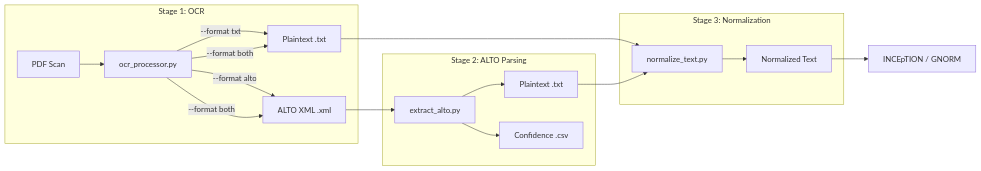
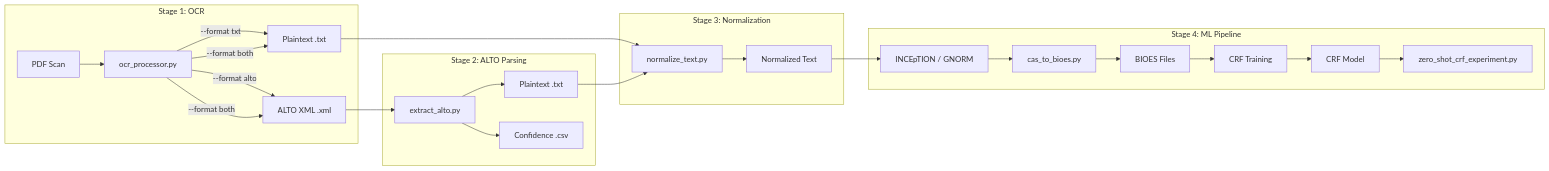
The diagram in docs/pipeline/overview.md (michalvalco/ITSERR-RESILIENCE-Project), drawn with Mermaid before and after one commit. The commit also changed other lines of this file and 6 other files, not shown here.

````diff
--- a/docs/pipeline/overview.md
+++ b/docs/pipeline/overview.md
@@ -7,24 +7,32 @@
 ```mermaid
 graph LR
     subgraph "Stage 1: OCR"
         PDF[PDF Scan] --> OCR[ocr_processor.py]
         OCR -->|--format txt| TXT[Plaintext .txt]
         OCR -->|--format alto| ALTO[ALTO XML .xml]
         OCR -->|--format both| TXT
         OCR -->|--format both| ALTO
     end
 
     subgraph "Stage 2: ALTO Parsing"
         ALTO --> Parser[extract_alto.py]
         Parser --> PlainOut[Plaintext .txt]
         Parser --> CSV[Confidence .csv]
     end
 
     subgraph "Stage 3: Normalization"
         TXT --> Norm[normalize_text.py]
         PlainOut --> Norm
         Norm --> Clean[Normalized Text]
     end
 
     Clean --> Annotation[INCEpTION / GNORM]
+
+    subgraph "Stage 4: ML Pipeline"
+        Annotation --> CAS["cas_to_bioes.py"]
+        CAS --> BIOES["BIOES Files"]
+        BIOES --> Train["CRF Training"]
+        Train --> Model["CRF Model"]
+        Model --> ZeroShot["zero_shot_crf_experiment.py"]
+    end
 ```
````
